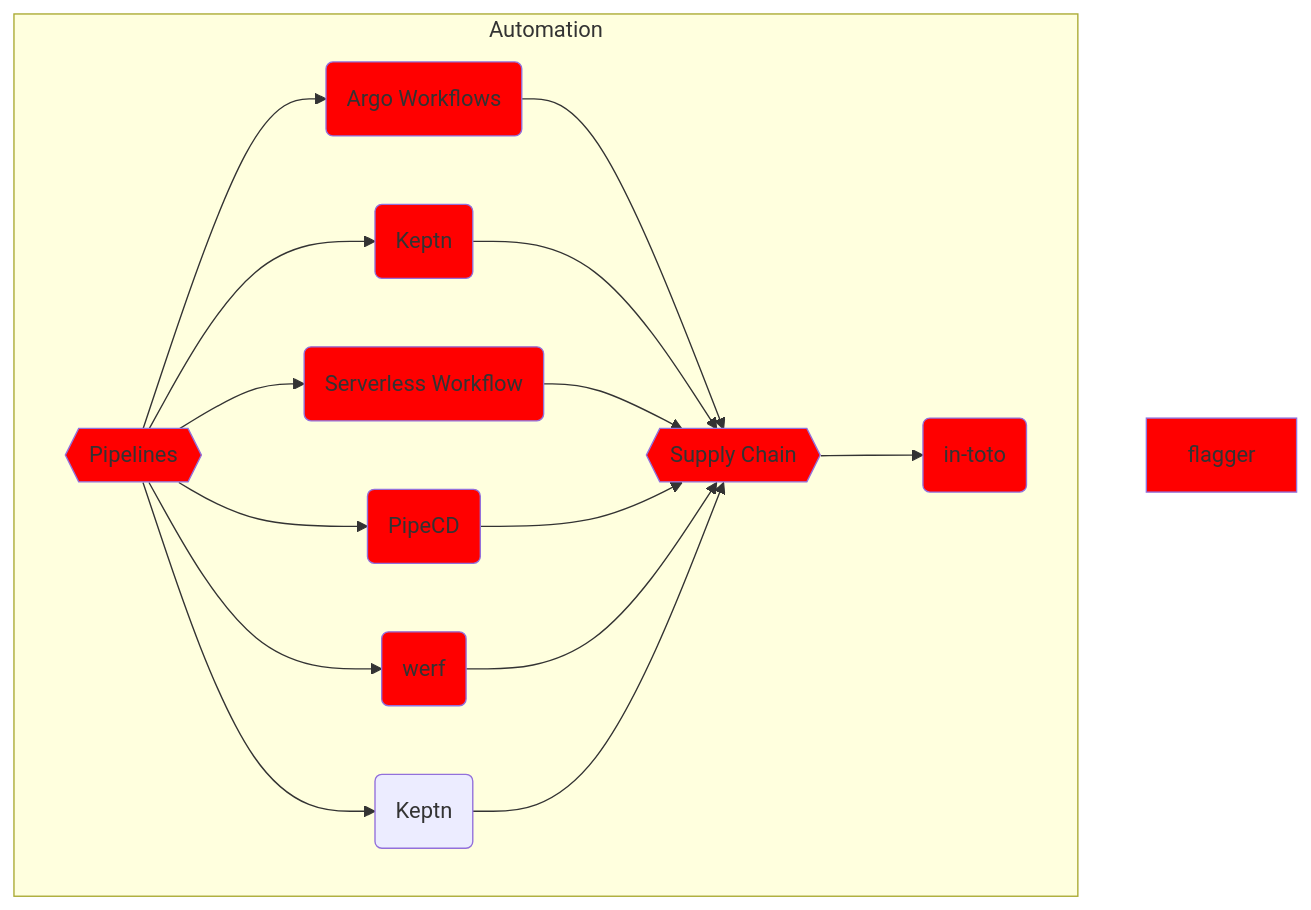
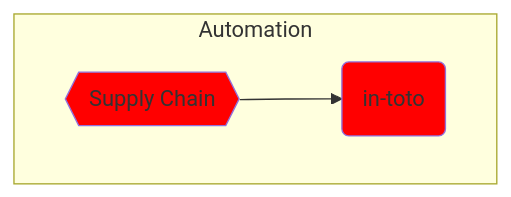
The eighth of 11 diagrams in solution.md (vfarcic/cncf-demo), drawn with Mermaid before and after one commit. The commit also changed other lines of this file, not shown here.

````diff
--- a/solution.md
+++ b/solution.md
@@ -796,35 +894,16 @@
 ```mermaid
 flowchart TD
 
     subgraph Automation
-
-        %% ---------------
-        %% -- Pipelines --
-        %% ---------------
-        pipelines{{Pipelines}}
-        style pipelines fill:red
-        pipelines-argo-workflows(Argo Workflows)
-        style pipelines-argo-workflows fill:red
-        pipelines-keptn(Keptn)
-        style pipelines-keptn fill:red
-        pipelines-serverless-workflow(Serverless Workflow)
-        style pipelines-serverless-workflow fill:red
-        pipecd(PipeCD)
-        style pipecd fill:red
-        werf(werf)
-        style werf fill:red
-        keptn(Keptn)
-        style flagger fill:red
-        pipelines --> pipelines-argo-workflows & pipelines-keptn & pipelines-serverless-workflow & pipecd & werf & keptn --> supply-chain
 
         %% ------------------
         %% -- Supply Chain --
         %% ------------------
         supply-chain{{Supply Chain}}
         style supply-chain fill:red
         supply-chain-in-toto(in-toto)
         style supply-chain-in-toto fill:red
         supply-chain --> supply-chain-in-toto
 
     end
 ```
````
